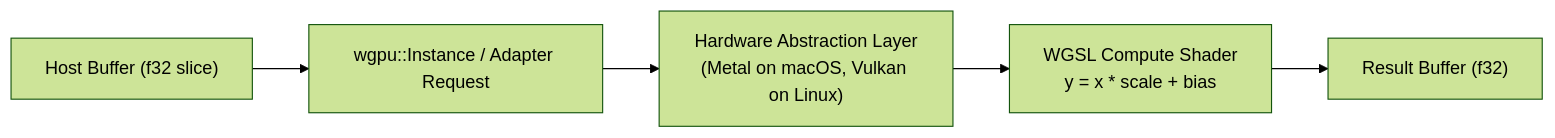
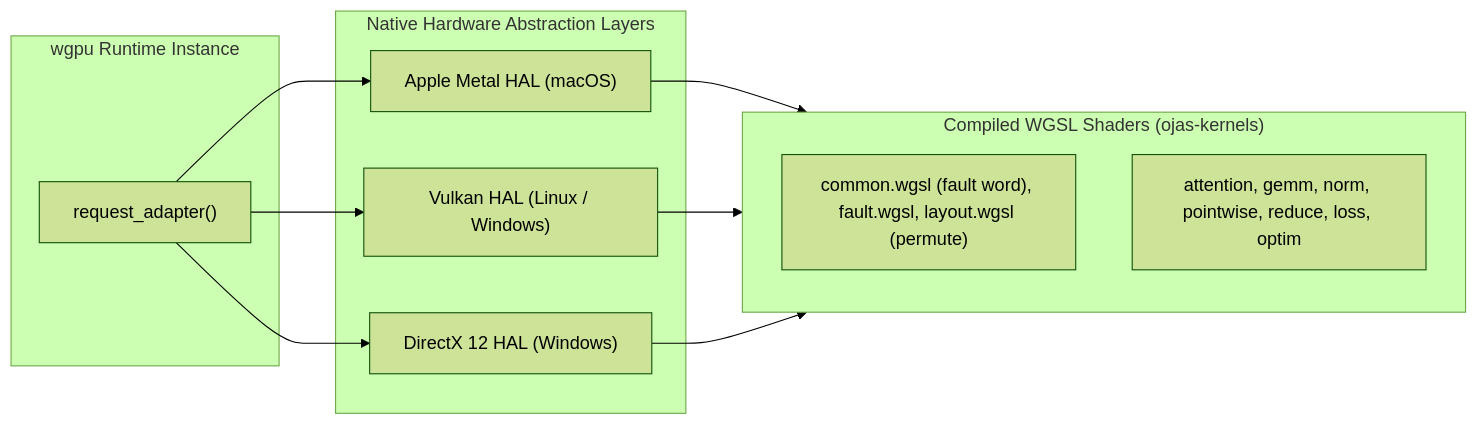
One commit to bharathvbcr/ojas changed the second of 2 diagrams in ojas-wgpu/README.md. Above: the diagram before and after it, drawn with Mermaid (forest theme). The commit also changed other lines of this file and 902 other files, not shown here.

First line of the commit message:
WIP checkpoint 2: framework layer, Metal deferred faults, capi/Go API, shape contract.

````diff
--- a/ojas-wgpu/README.md
+++ b/ojas-wgpu/README.md
@@ -9,7 +42,24 @@
 ```mermaid
 flowchart LR
-    Host["Host Buffer (f32 slice)"] --> Instance["wgpu::Instance / Adapter Request"]
-    Instance --> HAL["Hardware Abstraction Layer\n(Metal on macOS, Vulkan on Linux)"]
-    HAL --> Shader["WGSL Compute Shader\ny = x * scale + bias"]
-    Shader --> Output["Result Buffer (f32)"]
+    subgraph WgpuInstance["wgpu Runtime Instance"]
+        Adapter["request_adapter()"]
+    end
+
+    subgraph HAL["Native Hardware Abstraction Layers"]
+        MetalHAL["Apple Metal HAL (macOS)"]
+        VulkanHAL["Vulkan HAL (Linux / Windows)"]
+        DX12HAL["DirectX 12 HAL (Windows)"]
+    end
+
+    subgraph Shaders["Compiled WGSL Shaders (ojas-kernels)"]
+        Common["common.wgsl (fault word), fault.wgsl, layout.wgsl (permute)"]
+        Ops["attention, gemm, norm, pointwise, reduce, loss, optim"]
+    end
+
+    Adapter --> MetalHAL
+    Adapter --> VulkanHAL
+    Adapter --> DX12HAL
+    MetalHAL --> Shaders
+    VulkanHAL --> Shaders
+    DX12HAL --> Shaders
 ```
````
